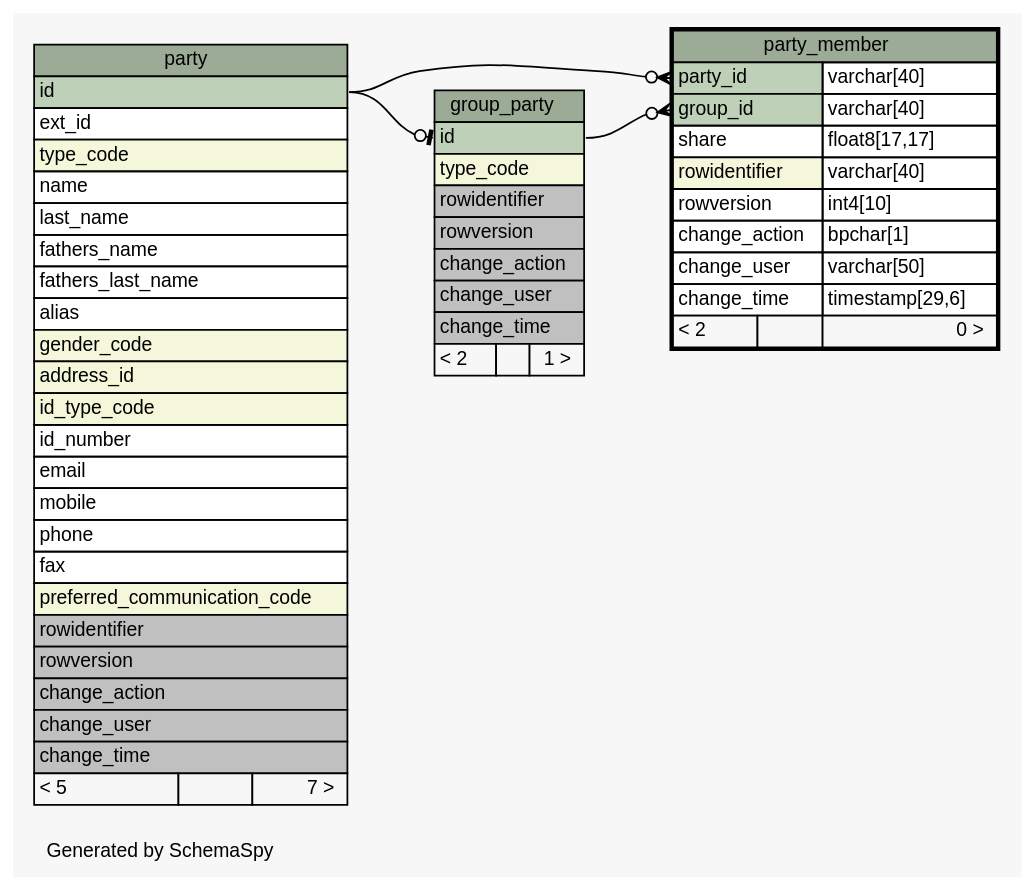
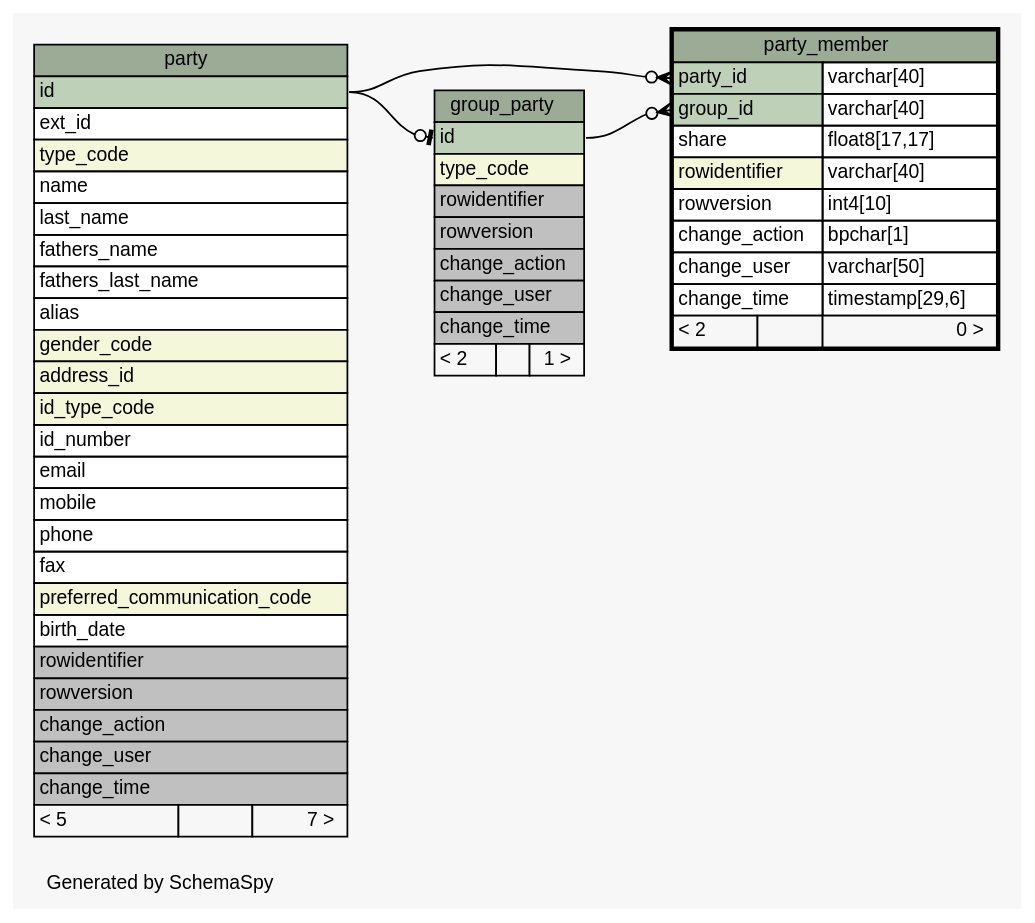
The diagram in doc/party/diagrams/party_member.1degree.dot (SOLA-FAO/database_sola), drawn with Graphviz before and after one commit. The commit also changed 321 other files, not shown here.

Commit message:
[#412 responsible:none state:fixed] opentenure schema created and party and document tables extended with extra fields.

```diff
--- a/doc/party/diagrams/party_member.1degree.dot
+++ b/doc/party/diagrams/party_member.1degree.dot
@@ -1,89 +1,90 @@
 // dot 2.36.0 on Windows 7 6.1
 // SchemaSpy rev 590
 digraph "oneDegreeRelationshipsDiagram" {
   graph [
     rankdir="RL"
     bgcolor="#f7f7f7"
     label="\nGenerated by SchemaSpy"
     labeljust="l"
     nodesep="0.18"
     ranksep="0.46"
     fontname="Helvetica"
     fontsize="11"
   ];
   node [
     fontname="Helvetica"
     fontsize="11"
     shape="plaintext"
   ];
   edge [
     arrowsize="0.8"
   ];
   "group_party":"id":w -> "party":"id":e [arrowhead=none dir=back arrowtail=teeodot];
   "party_member":"group_id":w -> "group_party":"id":e [arrowhead=none dir=back arrowtail=crowodot];
   "party_member":"party_id":w -> "party":"id":e [arrowhead=none dir=back arrowtail=crowodot];
   "group_party" [
     label=<
     <TABLE BORDER="0" CELLBORDER="1" CELLSPACING="0" BGCOLOR="#ffffff">
       <TR><TD COLSPAN="3" BGCOLOR="#9bab96" ALIGN="CENTER">group_party</TD></TR>
       <TR><TD PORT="id" COLSPAN="3" BGCOLOR="#bed1b8" ALIGN="LEFT">id</TD></TR>
       <TR><TD PORT="type_code" COLSPAN="3" BGCOLOR="#f4f7da" ALIGN="LEFT">type_code</TD></TR>
       <TR><TD PORT="rowidentifier" COLSPAN="3" BGCOLOR="#c0c0c0" ALIGN="LEFT">rowidentifier</TD></TR>
       <TR><TD PORT="rowversion" COLSPAN="3" BGCOLOR="#c0c0c0" ALIGN="LEFT">rowversion</TD></TR>
       <TR><TD PORT="change_action" COLSPAN="3" BGCOLOR="#c0c0c0" ALIGN="LEFT">change_action</TD></TR>
       <TR><TD PORT="change_user" COLSPAN="3" BGCOLOR="#c0c0c0" ALIGN="LEFT">change_user</TD></TR>
       <TR><TD PORT="change_time" COLSPAN="3" BGCOLOR="#c0c0c0" ALIGN="LEFT">change_time</TD></TR>
       <TR><TD ALIGN="LEFT" BGCOLOR="#f7f7f7">&lt; 2</TD><TD ALIGN="RIGHT" BGCOLOR="#f7f7f7">  </TD><TD ALIGN="RIGHT" BGCOLOR="#f7f7f7">1 &gt;</TD></TR>
     </TABLE>>
     URL="group_party.html"
     tooltip="group_party"
   ];
   "party" [
     label=<
     <TABLE BORDER="0" CELLBORDER="1" CELLSPACING="0" BGCOLOR="#ffffff">
       <TR><TD COLSPAN="3" BGCOLOR="#9bab96" ALIGN="CENTER">party</TD></TR>
       <TR><TD PORT="id" COLSPAN="3" BGCOLOR="#bed1b8" ALIGN="LEFT">id</TD></TR>
       <TR><TD PORT="ext_id" COLSPAN="3" ALIGN="LEFT">ext_id</TD></TR>
       <TR><TD PORT="type_code" COLSPAN="3" BGCOLOR="#f4f7da" ALIGN="LEFT">type_code</TD></TR>
       <TR><TD PORT="name" COLSPAN="3" ALIGN="LEFT">name</TD></TR>
       <TR><TD PORT="last_name" COLSPAN="3" ALIGN="LEFT">last_name</TD></TR>
       <TR><TD PORT="fathers_name" COLSPAN="3" ALIGN="LEFT">fathers_name</TD></TR>
       <TR><TD PORT="fathers_last_name" COLSPAN="3" ALIGN="LEFT">fathers_last_name</TD></TR>
       <TR><TD PORT="alias" COLSPAN="3" ALIGN="LEFT">alias</TD></TR>
       <TR><TD PORT="gender_code" COLSPAN="3" BGCOLOR="#f4f7da" ALIGN="LEFT">gender_code</TD></TR>
       <TR><TD PORT="address_id" COLSPAN="3" BGCOLOR="#f4f7da" ALIGN="LEFT">address_id</TD></TR>
       <TR><TD PORT="id_type_code" COLSPAN="3" BGCOLOR="#f4f7da" ALIGN="LEFT">id_type_code</TD></TR>
       <TR><TD PORT="id_number" COLSPAN="3" ALIGN="LEFT">id_number</TD></TR>
       <TR><TD PORT="email" COLSPAN="3" ALIGN="LEFT">email</TD></TR>
       <TR><TD PORT="mobile" COLSPAN="3" ALIGN="LEFT">mobile</TD></TR>
       <TR><TD PORT="phone" COLSPAN="3" ALIGN="LEFT">phone</TD></TR>
       <TR><TD PORT="fax" COLSPAN="3" ALIGN="LEFT">fax</TD></TR>
       <TR><TD PORT="preferred_communication_code" COLSPAN="3" BGCOLOR="#f4f7da" ALIGN="LEFT">preferred_communication_code</TD></TR>
+      <TR><TD PORT="birth_date" COLSPAN="3" ALIGN="LEFT">birth_date</TD></TR>
       <TR><TD PORT="rowidentifier" COLSPAN="3" BGCOLOR="#c0c0c0" ALIGN="LEFT">rowidentifier</TD></TR>
       <TR><TD PORT="rowversion" COLSPAN="3" BGCOLOR="#c0c0c0" ALIGN="LEFT">rowversion</TD></TR>
       <TR><TD PORT="change_action" COLSPAN="3" BGCOLOR="#c0c0c0" ALIGN="LEFT">change_action</TD></TR>
       <TR><TD PORT="change_user" COLSPAN="3" BGCOLOR="#c0c0c0" ALIGN="LEFT">change_user</TD></TR>
       <TR><TD PORT="change_time" COLSPAN="3" BGCOLOR="#c0c0c0" ALIGN="LEFT">change_time</TD></TR>
       <TR><TD ALIGN="LEFT" BGCOLOR="#f7f7f7">&lt; 5</TD><TD ALIGN="RIGHT" BGCOLOR="#f7f7f7">  </TD><TD ALIGN="RIGHT" BGCOLOR="#f7f7f7">7 &gt;</TD></TR>
     </TABLE>>
     URL="party.html"
     tooltip="party"
   ];
   "party_member" [
     label=<
     <TABLE BORDER="2" CELLBORDER="1" CELLSPACING="0" BGCOLOR="#ffffff">
       <TR><TD COLSPAN="3" BGCOLOR="#9bab96" ALIGN="CENTER">party_member</TD></TR>
       <TR><TD PORT="party_id" COLSPAN="2" BGCOLOR="#bed1b8" ALIGN="LEFT">party_id</TD><TD PORT="party_id.type" ALIGN="LEFT">varchar[40]</TD></TR>
       <TR><TD PORT="group_id" COLSPAN="2" BGCOLOR="#bed1b8" ALIGN="LEFT">group_id</TD><TD PORT="group_id.type" ALIGN="LEFT">varchar[40]</TD></TR>
       <TR><TD PORT="share" COLSPAN="2" ALIGN="LEFT">share</TD><TD PORT="share.type" ALIGN="LEFT">float8[17,17]</TD></TR>
       <TR><TD PORT="rowidentifier" COLSPAN="2" BGCOLOR="#f4f7da" ALIGN="LEFT">rowidentifier</TD><TD PORT="rowidentifier.type" ALIGN="LEFT">varchar[40]</TD></TR>
       <TR><TD PORT="rowversion" COLSPAN="2" ALIGN="LEFT">rowversion</TD><TD PORT="rowversion.type" ALIGN="LEFT">int4[10]</TD></TR>
       <TR><TD PORT="change_action" COLSPAN="2" ALIGN="LEFT">change_action</TD><TD PORT="change_action.type" ALIGN="LEFT">bpchar[1]</TD></TR>
       <TR><TD PORT="change_user" COLSPAN="2" ALIGN="LEFT">change_user</TD><TD PORT="change_user.type" ALIGN="LEFT">varchar[50]</TD></TR>
       <TR><TD PORT="change_time" COLSPAN="2" ALIGN="LEFT">change_time</TD><TD PORT="change_time.type" ALIGN="LEFT">timestamp[29,6]</TD></TR>
       <TR><TD ALIGN="LEFT" BGCOLOR="#f7f7f7">&lt; 2</TD><TD ALIGN="RIGHT" BGCOLOR="#f7f7f7">  </TD><TD ALIGN="RIGHT" BGCOLOR="#f7f7f7">0 &gt;</TD></TR>
     </TABLE>>
     URL="party_member.html"
     tooltip="party_member"
   ];
 }
```
